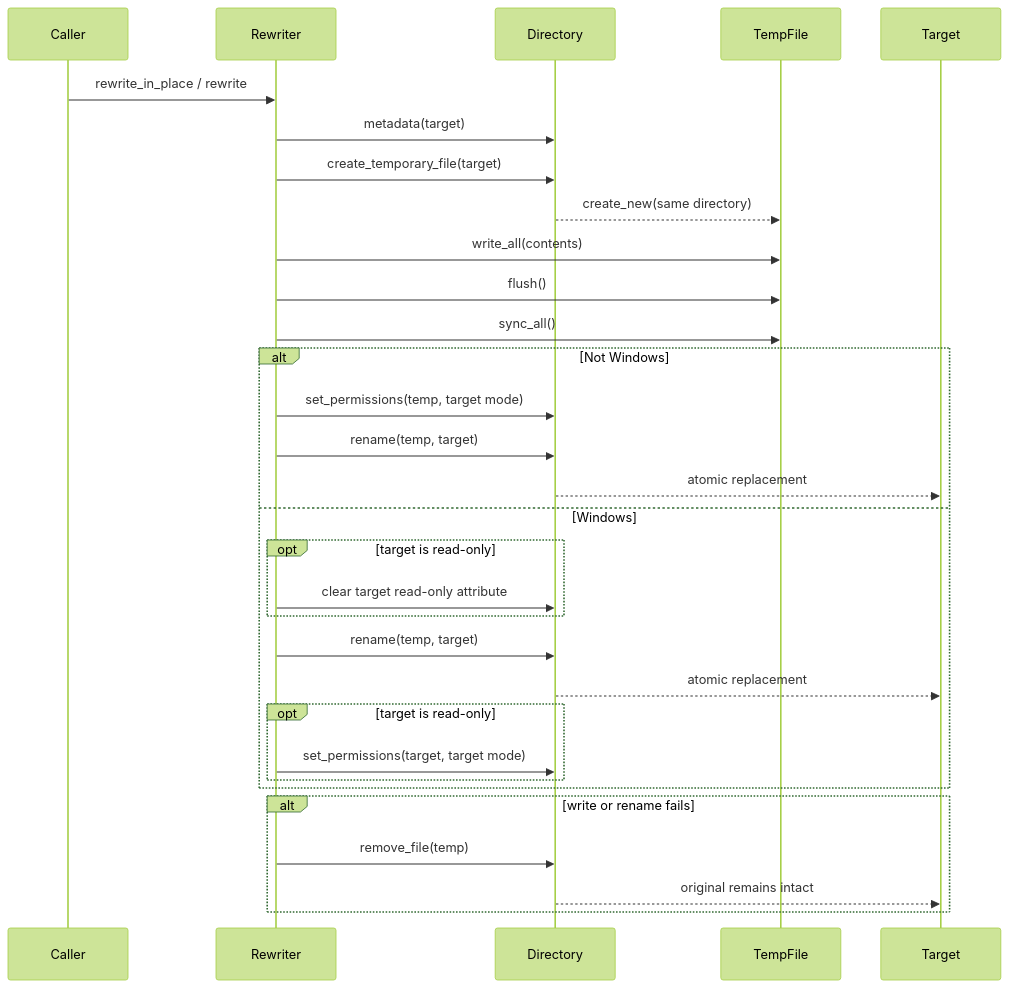
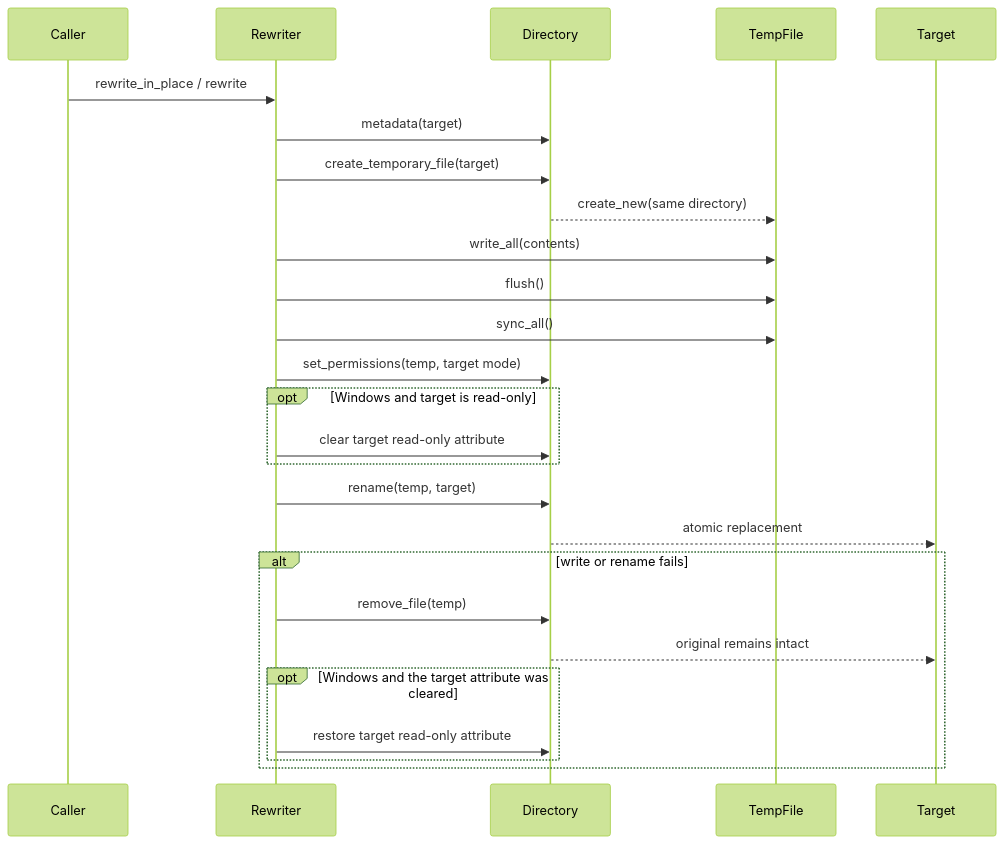
Before and after one commit to leynos/mdtablefix: the seventh of 7 diagrams in docs/architecture.md, drawn with Mermaid (forest theme). The commit also changed other lines of this file and 9 other files, not shown here.

````diff
--- a/docs/architecture.md
+++ b/docs/architecture.md
@@ -712,34 +713,29 @@
 ```mermaid
 sequenceDiagram
     participant Caller
     participant Rewriter
     participant Directory
     participant TempFile
     participant Target
 
     Caller->>Rewriter: rewrite_in_place / rewrite
     Rewriter->>Directory: metadata(target)
     Rewriter->>Directory: create_temporary_file(target)
     Directory-->>TempFile: create_new(same directory)
     Rewriter->>TempFile: write_all(contents)
     Rewriter->>TempFile: flush()
     Rewriter->>TempFile: sync_all()
-    alt Not Windows
-        Rewriter->>Directory: set_permissions(temp, target mode)
-        Rewriter->>Directory: rename(temp, target)
-        Directory-->>Target: atomic replacement
-    else Windows
-        opt target is read-only
-            Rewriter->>Directory: clear target read-only attribute
-        end
-        Rewriter->>Directory: rename(temp, target)
-        Directory-->>Target: atomic replacement
-        opt target is read-only
-            Rewriter->>Directory: set_permissions(target, target mode)
-        end
+    Rewriter->>Directory: set_permissions(temp, target mode)
+    opt Windows and target is read-only
+        Rewriter->>Directory: clear target read-only attribute
     end
+    Rewriter->>Directory: rename(temp, target)
+    Directory-->>Target: atomic replacement
     alt write or rename fails
         Rewriter->>Directory: remove_file(temp)
         Directory-->>Target: original remains intact
+        opt Windows and the target attribute was cleared
+            Rewriter->>Directory: restore target read-only attribute
+        end
     end
 ```
````
